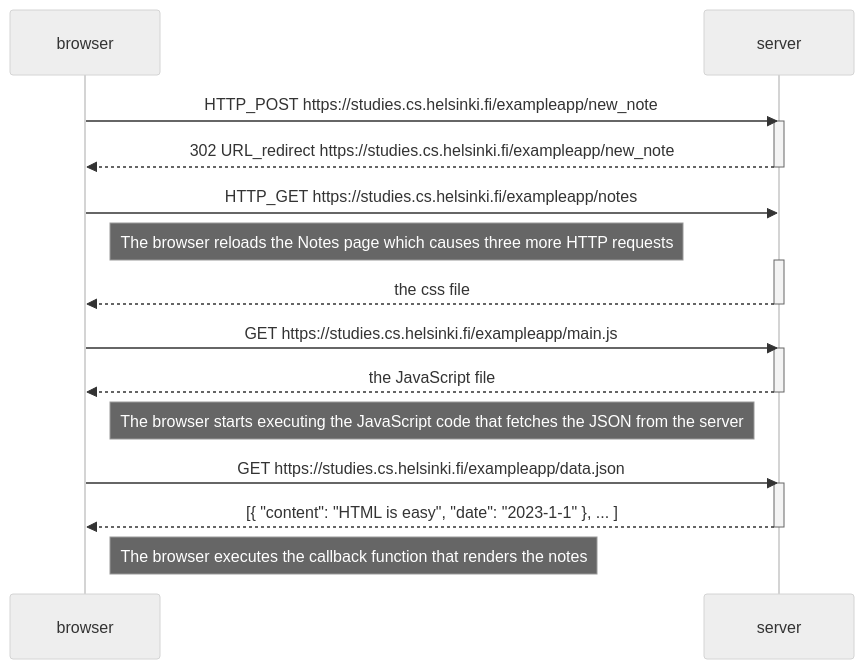
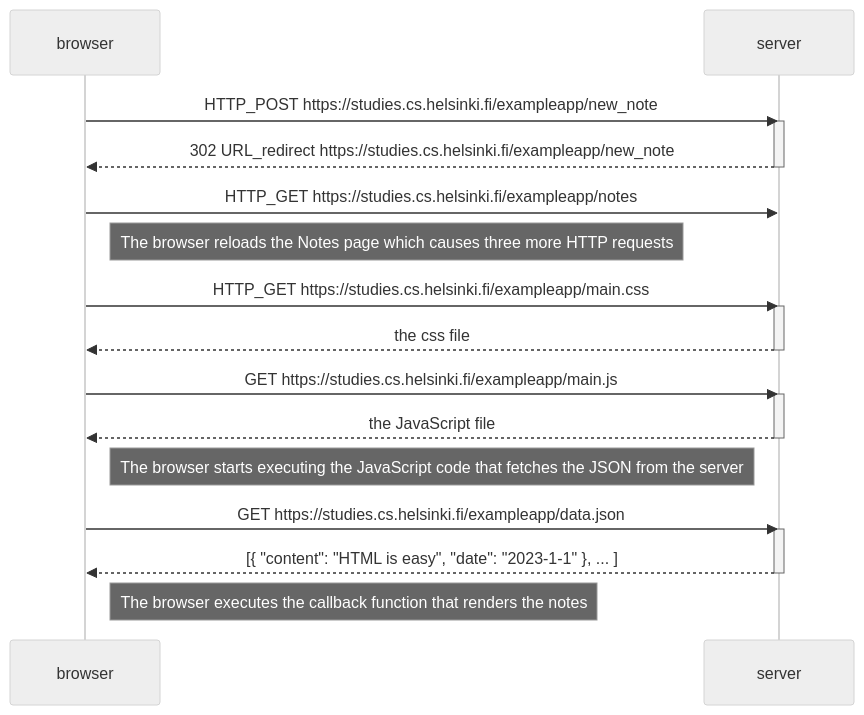
The diagram in Part0/0.4 - New note diagram/readme.md (TomppeliG6-8/fullstack), drawn with Mermaid (neutral theme) before and after one commit.

````diff
--- a/Part0/0.4 - New note diagram/readme.md
+++ b/Part0/0.4 - New note diagram/readme.md
@@ -1,30 +1,31 @@
 ```mermaid
 sequenceDiagram
     participant browser
     participant server
 
     browser->>server: HTTP_POST https://studies.cs.helsinki.fi/exampleapp/new_note
     activate server
     server-->>browser: 302 URL_redirect https://studies.cs.helsinki.fi/exampleapp/new_note
     deactivate server
 
     browser->>server: HTTP_GET https://studies.cs.helsinki.fi/exampleapp/notes
     Note right of browser: The browser reloads the Notes page which causes three more HTTP requests
+    browser->>server: HTTP_GET https://studies.cs.helsinki.fi/exampleapp/main.css
     activate server
     server-->>browser: the css file
     deactivate server
 
     browser->>server: GET https://studies.cs.helsinki.fi/exampleapp/main.js
     activate server
     server-->>browser: the JavaScript file
     deactivate server
 
     Note right of browser: The browser starts executing the JavaScript code that fetches the JSON from the server
 
     browser->>server: GET https://studies.cs.helsinki.fi/exampleapp/data.json
     activate server
     server-->>browser: [{ "content": "HTML is easy", "date": "2023-1-1" }, ... ]
     deactivate server
 
     Note right of browser: The browser executes the callback function that renders the notes
 ```
````
